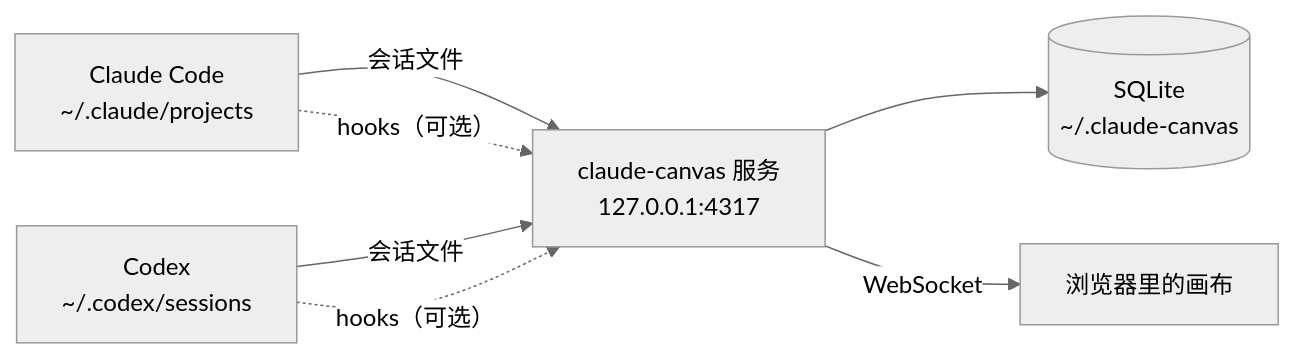
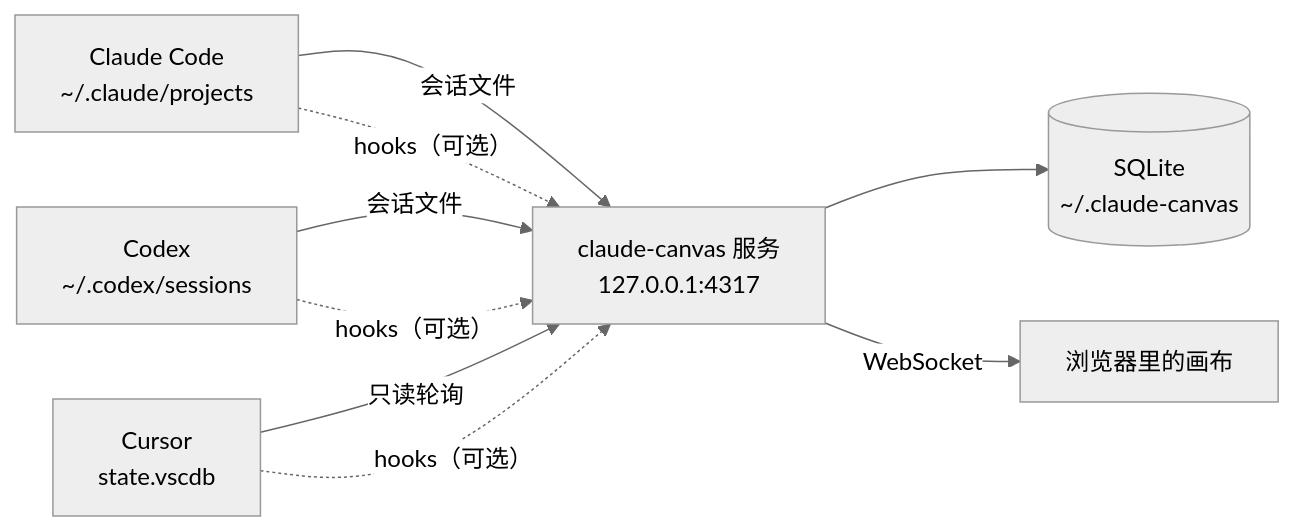
One commit to qtxsnwwb/agent-canvas changed the diagram in README.md. Above: the diagram before and after it, drawn with Mermaid (neutral theme). The commit also changed other lines of this file and 1 other file, not shown here.

Commit message:
docs: Cursor as the third origin in the README and manual

````diff
--- a/README.md
+++ b/README.md
@@ -150,9 +156,11 @@
 ```mermaid
 flowchart LR
   A["Claude Code<br/>~/.claude/projects"] -->|会话文件| S
   B["Codex<br/>~/.codex/sessions"] -->|会话文件| S
+  C["Cursor<br/>state.vscdb"] -->|只读轮询| S
   A -.->|hooks（可选）| S
   B -.->|hooks（可选）| S
+  C -.->|hooks（可选）| S
   S["claude-canvas 服务<br/>127.0.0.1:4317"] --> D[("SQLite<br/>~/.claude-canvas")]
   S -->|WebSocket| W["浏览器里的画布"]
 ```
````
